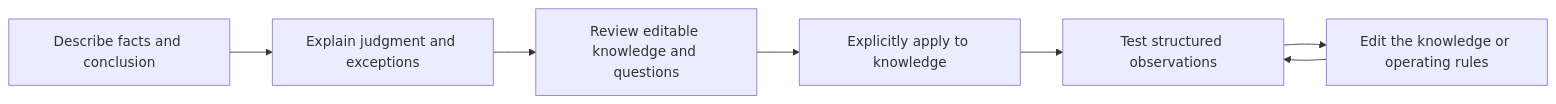
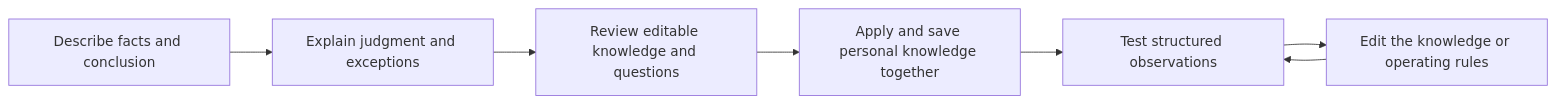
One commit to sanolamian12/neo-luddite changed the second of 7 diagrams in design/agent-customization-flows.md. Above: the diagram before and after it, drawn with Mermaid. The commit also changed other lines of this file and 28 other files, not shown here.

````diff
--- a/design/agent-customization-flows.md
+++ b/design/agent-customization-flows.md
@@ -26,9 +30,9 @@
 ```mermaid
 flowchart LR
   Case[Describe facts and conclusion] --> Explain[Explain judgment and exceptions]
   Explain --> Review[Review editable knowledge and questions]
-  Review --> Apply[Explicitly apply to knowledge]
+  Review --> Apply[Apply and save personal knowledge together]
   Apply --> Test[Test structured observations]
   Test --> Revise[Edit the knowledge or operating rules]
   Revise --> Test
 ```
````
